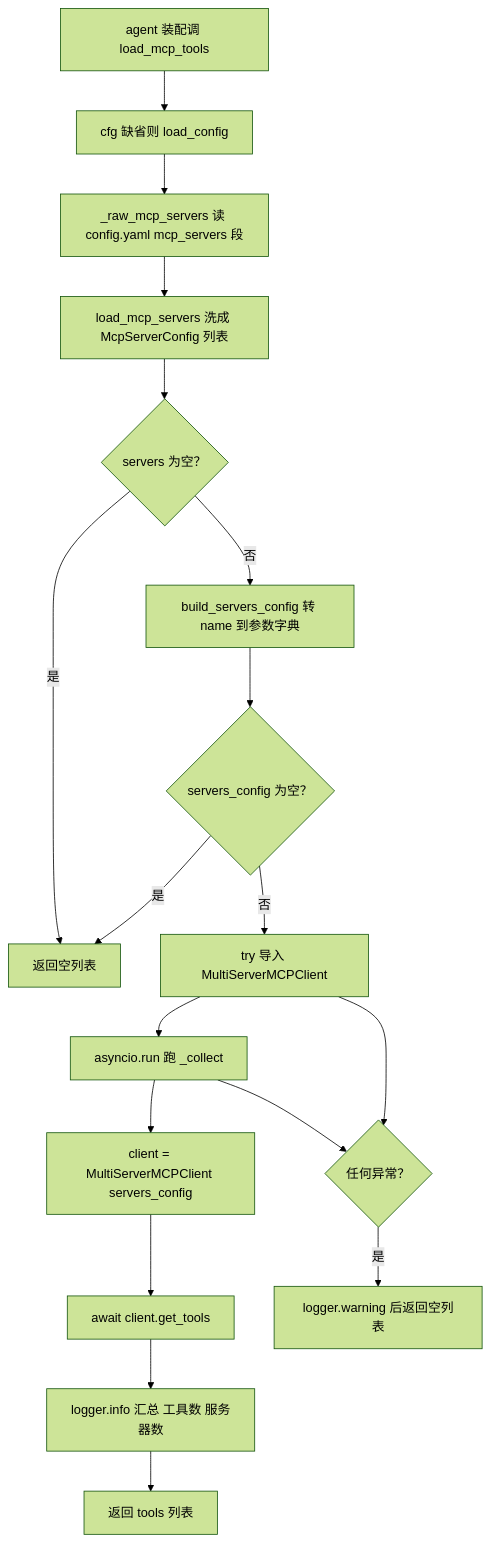
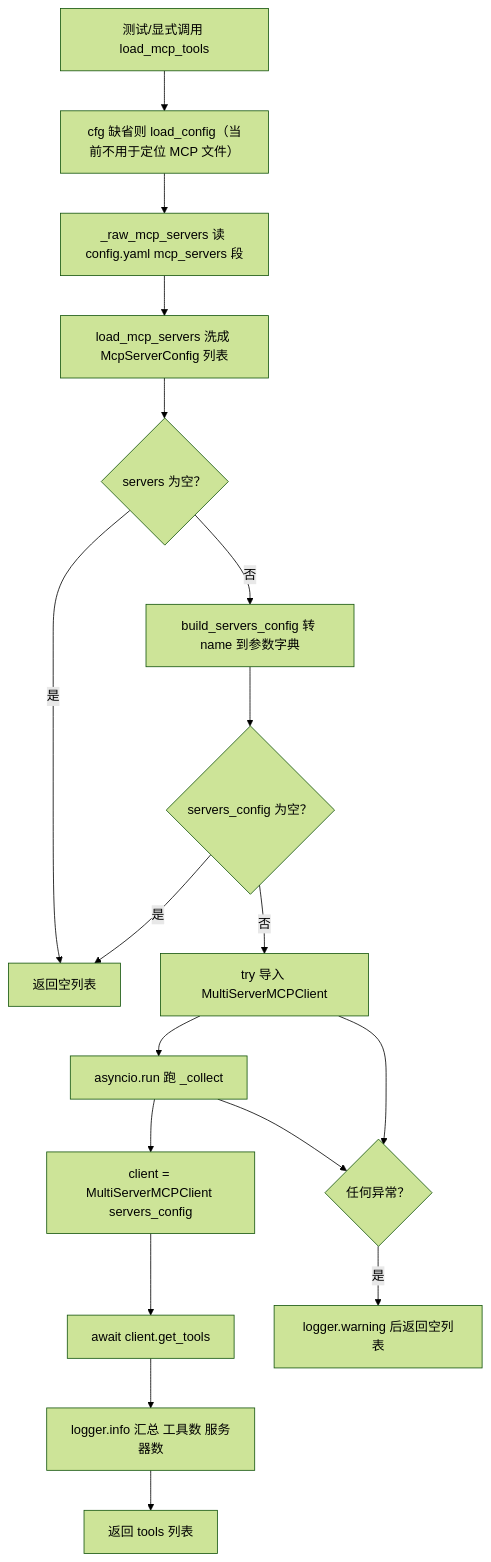
The diagram in doc/doc-code/mcp/tools.md (G0-000/AgentFlow), drawn with Mermaid (forest theme) before and after one commit. The commit also changed other lines of this file and 36 other files, not shown here.

````diff
--- a/doc/doc-code/mcp/tools.md
+++ b/doc/doc-code/mcp/tools.md
@@ -100,20 +96,20 @@
 ```mermaid
 flowchart TD
-    A["agent 装配调 load_mcp_tools"] --> B["cfg 缺省则 load_config"]
+    A["测试/显式调用 load_mcp_tools"] --> B["cfg 缺省则 load_config（当前不用于定位 MCP 文件）"]
     B --> C["_raw_mcp_servers 读 config.yaml mcp_servers 段"]
     C --> D["load_mcp_servers 洗成 McpServerConfig 列表"]
     D --> E{"servers 为空？"}
     E -->|"是"| Z["返回空列表"]
     E -->|"否"| F["build_servers_config 转 name 到参数字典"]
     F --> G{"servers_config 为空？"}
     G -->|"是"| Z
     G -->|"否"| H["try 导入 MultiServerMCPClient"]
     H --> I["asyncio.run 跑 _collect"]
     I --> J["client = MultiServerMCPClient servers_config"]
     J --> K["await client.get_tools"]
     K --> L["logger.info 汇总 工具数 服务器数"]
     L --> M["返回 tools 列表"]
     H --> N{"任何异常？"}
     I --> N
     N -->|"是"| O["logger.warning 后返回空列表"]
 ```
````
